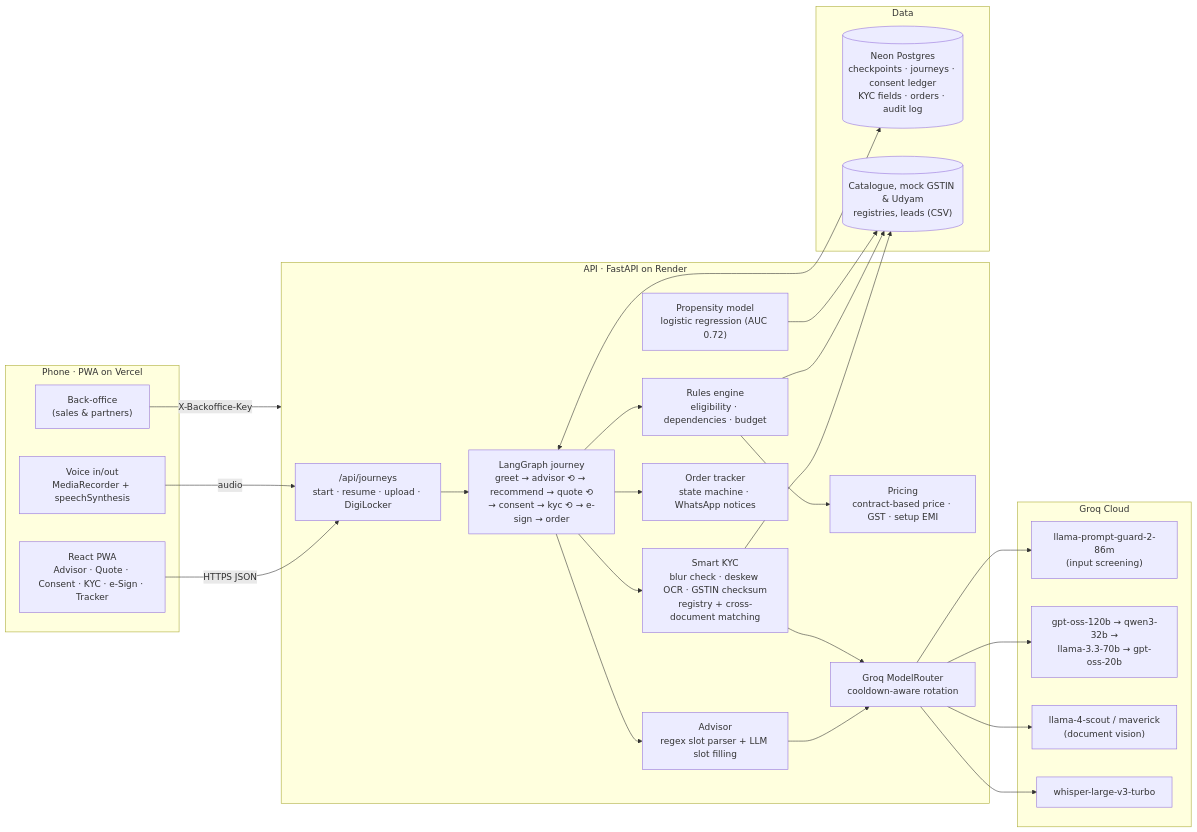
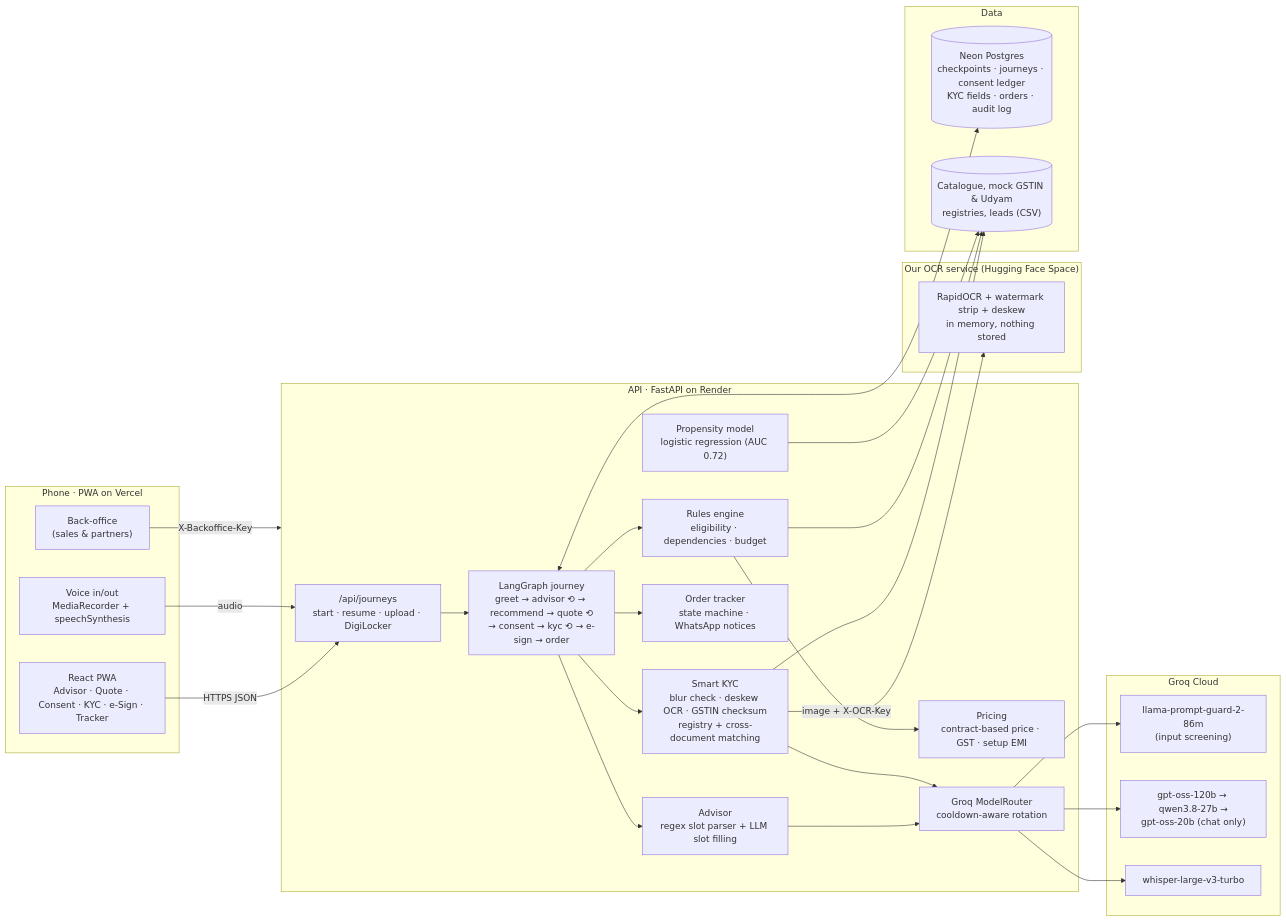
Before and after one commit to Psquare31/Airtel-Sync-26: the first of 2 diagrams in docs/architecture.md, drawn with Mermaid. The commit also changed other lines of this file and 21 other files, not shown here.

Commit message:
kyc documents read only by our own ocr: ocr_service for hf spaces, vision opt-in and off, consent v3

````diff
--- a/docs/architecture.md
+++ b/docs/architecture.md
@@ -9,45 +9,49 @@
 ```mermaid
 flowchart LR
   subgraph Client["Phone · PWA on Vercel"]
     UI["React PWA<br/>Advisor · Quote · Consent · KYC · e-Sign · Tracker"]
     MIC["Voice in/out<br/>MediaRecorder + speechSynthesis"]
     BO["Back-office<br/>(sales & partners)"]
   end
 
   subgraph API["API · FastAPI on Render"]
     J["/api/journeys<br/>start · resume · upload · DigiLocker"]
     G["LangGraph journey<br/>greet → advisor ⟲ → recommend → quote ⟲<br/>→ consent → kyc ⟲ → e-sign → order"]
     ADV["Advisor<br/>regex slot parser + LLM slot filling"]
     RULES["Rules engine<br/>eligibility · dependencies · budget"]
     PRICE["Pricing<br/>contract-based price · GST · setup EMI"]
     KYC["Smart KYC<br/>blur check · deskew OCR · GSTIN checksum<br/>registry + cross-document matching"]
     ORD["Order tracker<br/>state machine · WhatsApp notices"]
     PROP["Propensity model<br/>logistic regression (AUC 0.72)"]
     ROUTER["Groq ModelRouter<br/>cooldown-aware rotation"]
   end
 
   subgraph Groq["Groq Cloud"]
     GUARD["llama-prompt-guard-2-86m<br/>(input screening)"]
-    CHAT["gpt-oss-120b → qwen3-32b →<br/>llama-3.3-70b → gpt-oss-20b"]
-    VIS["llama-4-scout / maverick<br/>(document vision)"]
+    CHAT["gpt-oss-120b → qwen3.8-27b →<br/>gpt-oss-20b (chat only)"]
     STT["whisper-large-v3-turbo"]
+  end
+
+  subgraph OCRS["Our OCR service (Hugging Face Space)"]
+    OCR["RapidOCR + watermark strip + deskew<br/>in memory, nothing stored"]
   end
 
   subgraph Data["Data"]
     PG[("Neon Postgres<br/>checkpoints · journeys · consent ledger<br/>KYC fields · orders · audit log")]
     CSV[("Catalogue, mock GSTIN & Udyam<br/>registries, leads (CSV)")]
   end
 
   UI -- HTTPS JSON --> J
   MIC -- audio --> J
   BO -- X-Backoffice-Key --> API
   J --> G
   G --> ADV --> ROUTER
   G --> RULES --> PRICE
   G --> KYC --> ROUTER
   G --> ORD
-  ROUTER --> GUARD & CHAT & VIS & STT
+  ROUTER --> GUARD & CHAT & STT
+  KYC -- "image + X-OCR-Key" --> OCR
   G <--> PG
   KYC --> CSV
   RULES & PROP --> CSV
 ```
````
